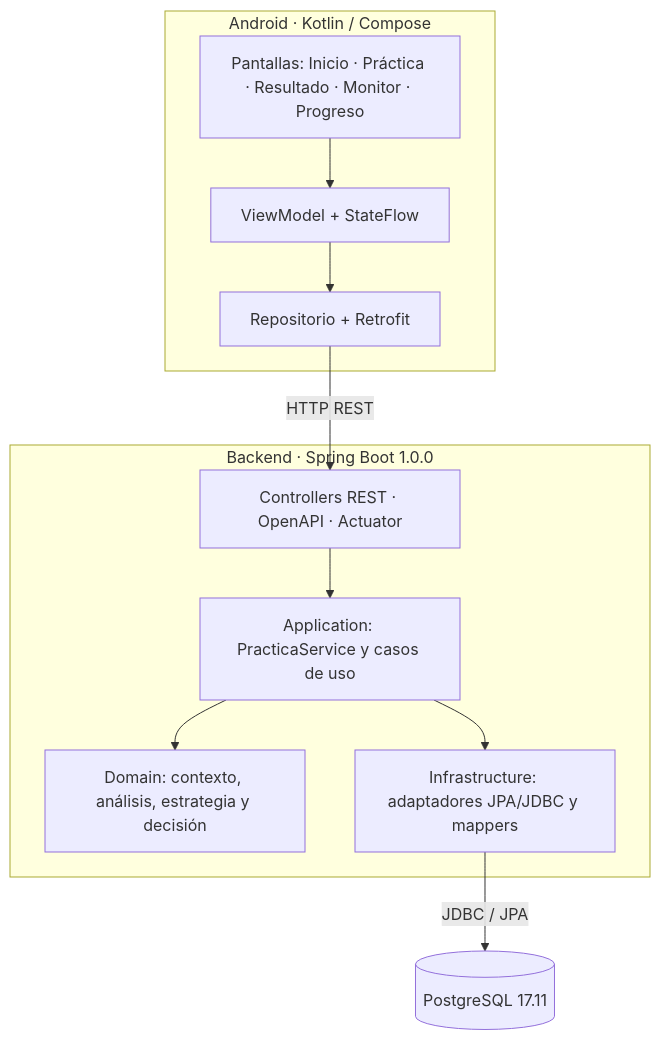
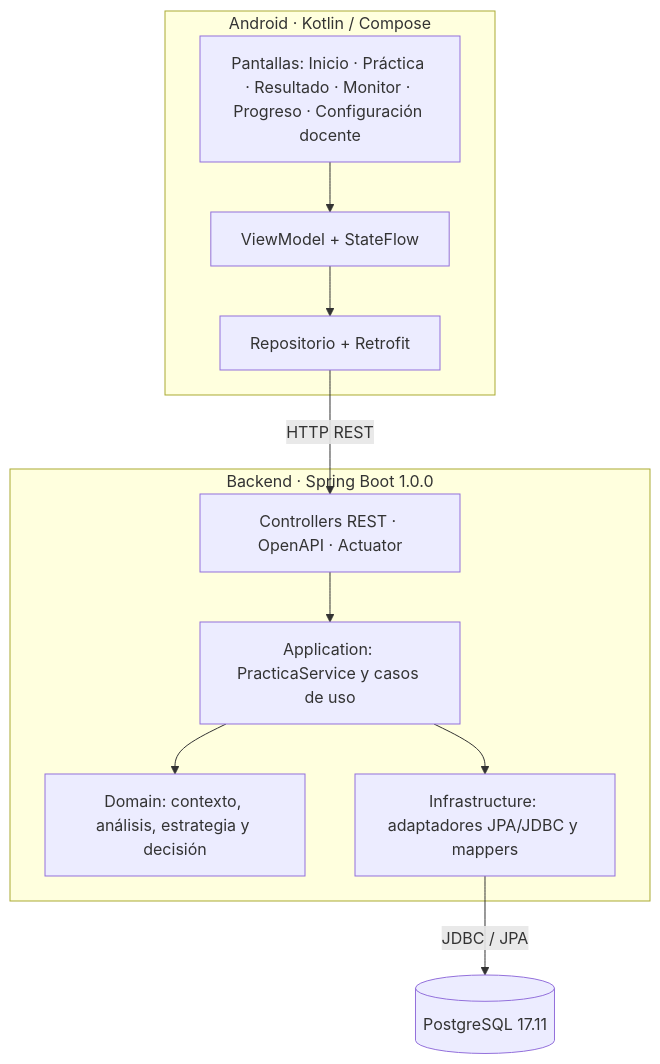
One commit to devfixexpress-debug/adaptive-quiz changed the second of 2 diagrams in README.md. Above: the diagram before and after it, drawn with Mermaid. The commit also changed other lines of this file and 20 other files, not shown here.

````diff
--- a/README.md
+++ b/README.md
@@ -53,16 +53,16 @@
 ```mermaid
 flowchart TB
     subgraph M["Android · Kotlin / Compose"]
-        UI["Pantallas: Inicio · Práctica · Resultado · Monitor · Progreso"] --> VM["ViewModel + StateFlow"] --> R["Repositorio + Retrofit"]
+        UI["Pantallas: Inicio · Práctica · Resultado · Monitor · Progreso · Configuración docente"] --> VM["ViewModel + StateFlow"] --> R["Repositorio + Retrofit"]
     end
 
     R -->|"HTTP REST"| API
 
     subgraph B["Backend · Spring Boot 1.0.0"]
         API["Controllers REST · OpenAPI · Actuator"] --> APP["Application: PracticaService y casos de uso"]
         APP --> DOM["Domain: contexto, análisis, estrategia y decisión"]
         APP --> INF["Infrastructure: adaptadores JPA/JDBC y mappers"]
     end
 
     INF -->|"JDBC / JPA"| DB[("PostgreSQL 17.11")]
 ```
````
